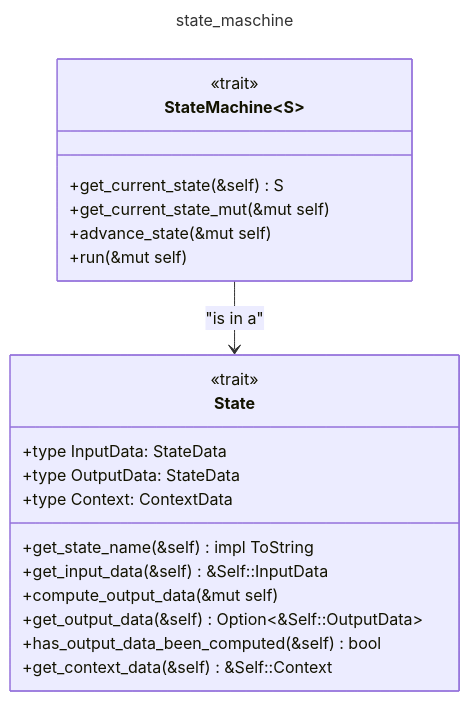
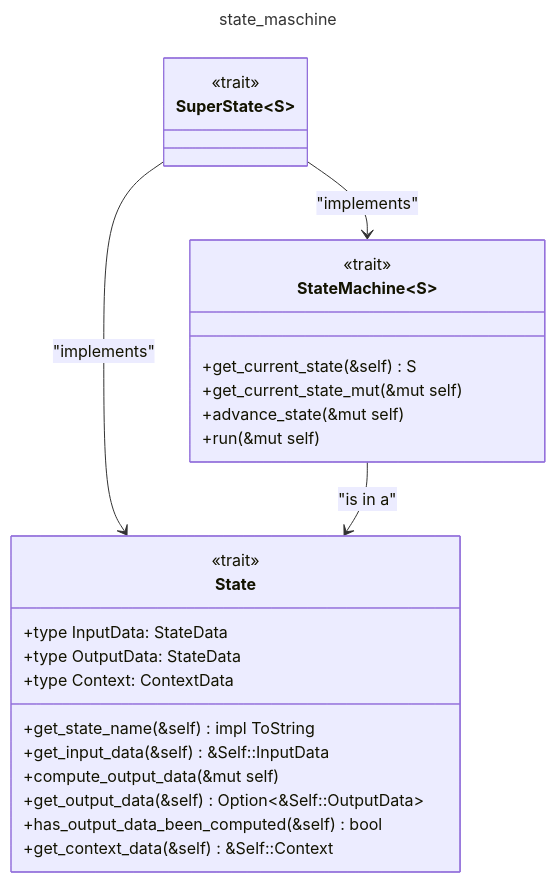
The diagram in state_machine/design/uml_class_diagram/state_machine_framework_design.md (ironcapitaleu/arkad), drawn with Mermaid before and after one commit.

Commit message:
design: add `SuperState`trait to class diagram

````diff
--- a/state_machine/design/uml_class_diagram/state_machine_framework_design.md
+++ b/state_machine/design/uml_class_diagram/state_machine_framework_design.md
@@ -1,37 +1,49 @@
 ```mermaid
 ---
 title: state_maschine
 ---
 classDiagram
     class StateMachine~S~{
         <<trait>>
         %% This is a trait that represents a `StateMachine`.
 
         %% These are the trait methods that must be implemented by any `StateMachine`.
         +get_current_state(&self) S
         +get_current_state_mut(&mut self)
         +advance_state(&mut self)
         +run(&mut self)
     }
 
     class State {
         <<trait>>
         %% This is a trait that represents a `State` in the `StateMachine`.
 
         %% These are the associated types that represent the data associated with a `State`inside a `StateMachine' represents the data associated with a `State`.
         +type InputData: StateData
         +type OutputData: StateData
         +type Context: ContextData
 
         %% These are the trait methods that must be implemented by any `State` in the `StateMachine`.
         +get_state_name(&self) impl ToString
         +get_input_data(&self) &Self::InputData
         +compute_output_data(&mut self)
         +get_output_data(&self) Option<&Self::OutputData>
         +has_output_data_been_computed(&self) bool
         +get_context_data(&self) &Self::Context
     }
 
-    %% A `StateMachine` is defined to always be in one out of many `State`s.
+
+    class SuperState~S~ {
+        <<trait>>
+        %% This is a trait that represents a `SuperState` in a hierarchical state machine.
+        %% A `SuperState` must implement both `State` and `StateMachine<S>` traits.
+
+        %% Associated types and methods are inherited from `State` and `StateMachine<S>`.
+    }
+    
+
+    %% Relationships
+    SuperState --> StateMachine : "implements"
+    SuperState --> State : "implements"
     StateMachine --> State : "is in a"
 ```
````
